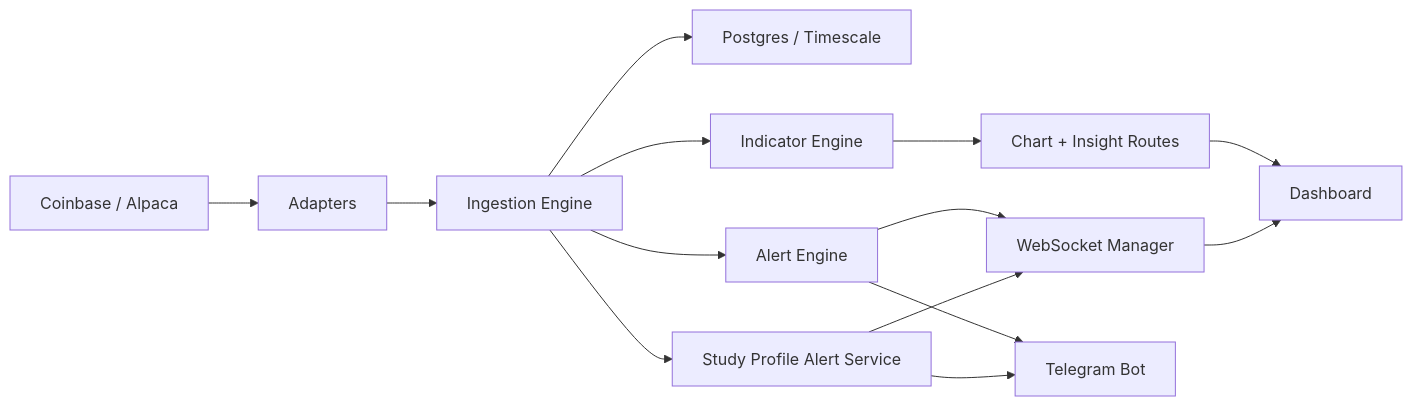
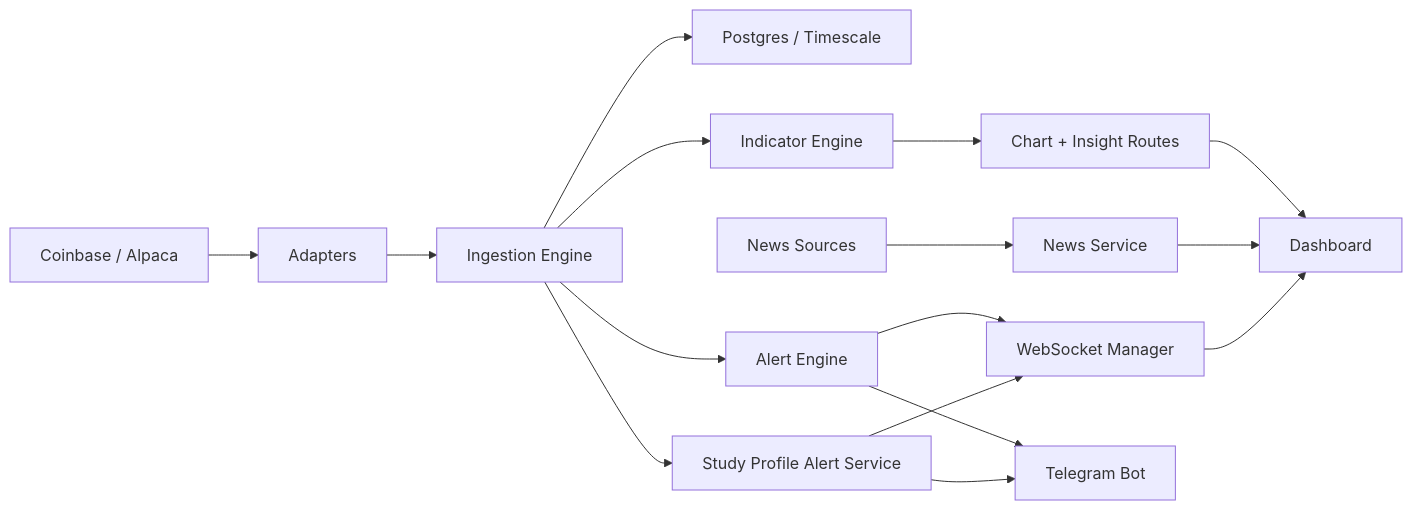
One commit to cdeegs/meridian changed the diagram in README.md. Above: the diagram before and after it, drawn with Mermaid. The commit also changed other lines of this file and 15 other files, not shown here.

````diff
--- a/README.md
+++ b/README.md
@@ -60,16 +84,18 @@
 ```mermaid
 flowchart LR
     A["Coinbase / Alpaca"] --> B["Adapters"]
     B --> C["Ingestion Engine"]
     C --> D["Postgres / Timescale"]
     C --> E["Indicator Engine"]
     E --> F["Chart + Insight Routes"]
+    L["News Sources"] --> M["News Service"]
     C --> G["Alert Engine"]
     C --> H["Study Profile Alert Service"]
     G --> I["WebSocket Manager"]
     H --> I
     G --> J["Telegram Bot"]
     H --> J
     F --> K["Dashboard"]
+    M --> K
     I --> K
 ```
````
